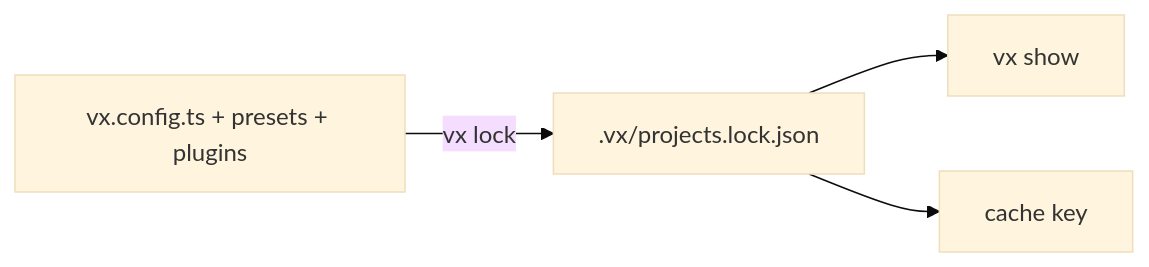
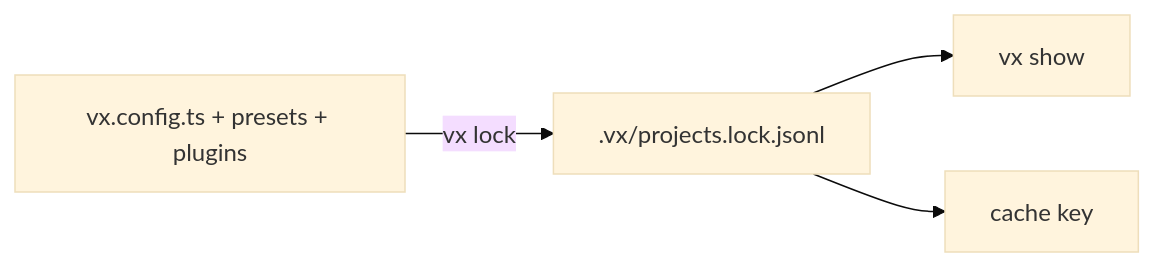
Before and after one commit to vznjs/vx: the diagram in private/vx-docs/src/content/docs/blog/vx-show.md, drawn with Mermaid (base theme). The commit also changed 141 other files, not shown here.

````diff
--- a/private/vx-docs/src/content/docs/blog/vx-show.md
+++ b/private/vx-docs/src/content/docs/blog/vx-show.md
@@ -29,6 +29,6 @@
 ```mermaid
 flowchart LR
-  C[vx.config.ts + presets + plugins] -->|vx lock| L[.vx/projects.lock.json]
+  C[vx.config.ts + presets + plugins] -->|vx lock| L[.vx/projects.lock.jsonl]
   L --> S[vx show]
   L --> K[cache key]
 ```
````
